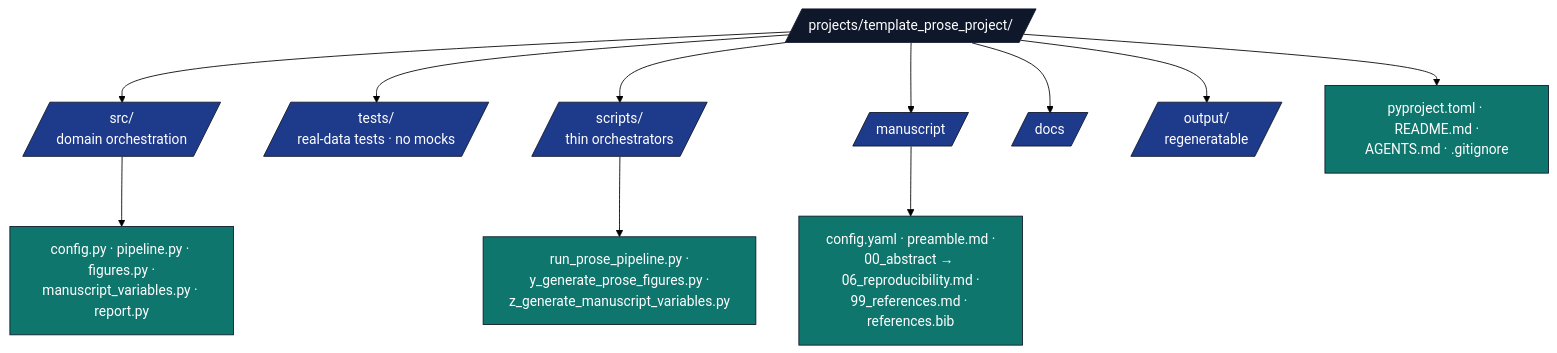
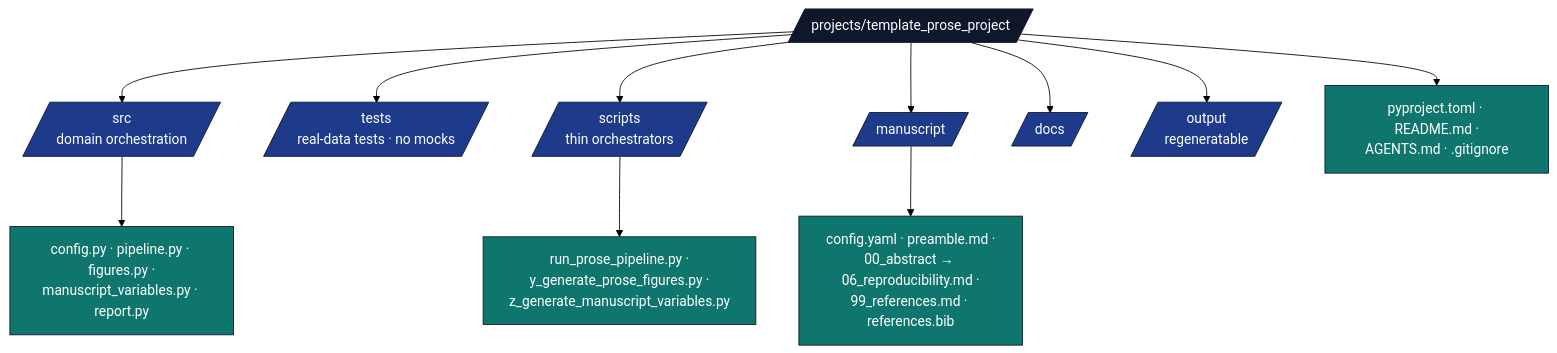
One commit to docxology/template changed the diagram in projects/template_prose_project/AGENTS.md. Above: the diagram before and after it, drawn with Mermaid (forest theme). The commit also changed 164 other files, not shown here.

````diff
--- a/projects/template_prose_project/AGENTS.md
+++ b/projects/template_prose_project/AGENTS.md
@@ -13,22 +13,22 @@
 ```mermaid
 flowchart TB
-    P[/projects/template_prose_project//]
-    P --> SRC[/src/<br/>domain orchestration/]
-    P --> T[/tests/<br/>real-data tests · no mocks/]
-    P --> SC[/scripts/<br/>thin orchestrators/]
+    P[/projects/template_prose_project/]
+    P --> SRC[/src<br/>domain orchestration/]
+    P --> T[/tests<br/>real-data tests · no mocks/]
+    P --> SC[/scripts<br/>thin orchestrators/]
     P --> M[/manuscript/]
     P --> DOCS[/docs/]
-    P --> OUT[/output/<br/>regeneratable/]
+    P --> OUT[/output<br/>regeneratable/]
     P --> META[pyproject.toml · README.md ·<br/>AGENTS.md · .gitignore]
 
     SRC --> SRC_F[config.py · pipeline.py · figures.py ·<br/>manuscript_variables.py · report.py]
     SC --> SC_F[run_prose_pipeline.py ·<br/>y_generate_prose_figures.py ·<br/>z_generate_manuscript_variables.py]
     M --> M_F[config.yaml · preamble.md ·<br/>00_abstract → 06_reproducibility.md ·<br/>99_references.md · references.bib]
 
     classDef d fill:#0f172a,stroke:#0f172a,color:#fff
     classDef pkg fill:#1e3a8a,stroke:#0f172a,color:#fff
     classDef f fill:#0f766e,stroke:#0f172a,color:#fff
     class P d
     class SRC,T,SC,M,DOCS,OUT pkg
     class SRC_F,SC_F,M_F,META f
 ```
````
